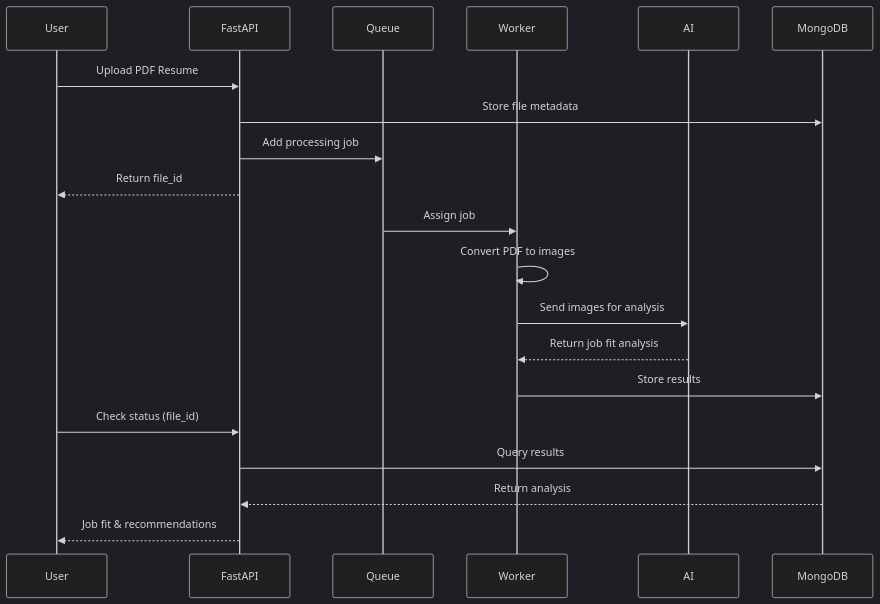
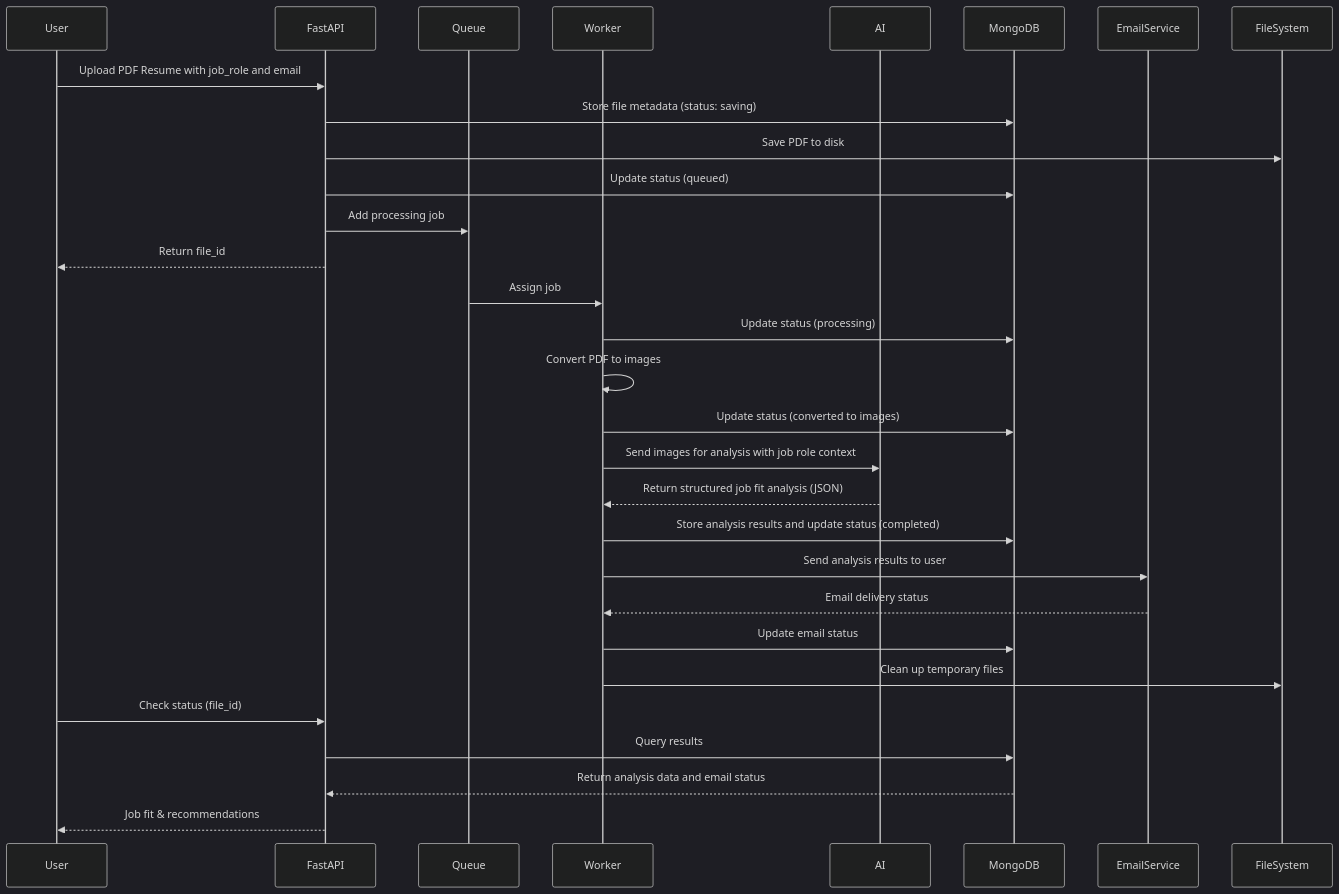
One commit to bgmanu2426/resume-analyser changed the diagram in README.md. Above: the diagram before and after it, drawn with Mermaid (dark theme). The commit also changed other lines of this file and 10 other files, not shown here.

First line of the commit message:
Add Docker Compose configuration for MongoDB, Valkey, app, and worker services

````diff
--- a/README.md
+++ b/README.md
@@ -142,25 +95,34 @@
 ```mermaid
 sequenceDiagram
     participant User
     participant FastAPI
     participant Queue
     participant Worker
     participant AI
     participant MongoDB
+    participant EmailService
     
-    User->>FastAPI: Upload PDF Resume
-    FastAPI->>MongoDB: Store file metadata
+    User->>FastAPI: Upload PDF Resume with job_role and email
+    FastAPI->>MongoDB: Store file metadata (status: saving)
+    FastAPI->>FileSystem: Save PDF to disk
+    FastAPI->>MongoDB: Update status (queued)
     FastAPI->>Queue: Add processing job
     FastAPI-->>User: Return file_id
     
     Queue->>Worker: Assign job
+    Worker->>MongoDB: Update status (processing)
     Worker->>Worker: Convert PDF to images
-    Worker->>AI: Send images for analysis
-    AI-->>Worker: Return job fit analysis
-    Worker->>MongoDB: Store results
+    Worker->>MongoDB: Update status (converted to images)
+    Worker->>AI: Send images for analysis with job role context
+    AI-->>Worker: Return structured job fit analysis (JSON)
+    Worker->>MongoDB: Store analysis results and update status (completed)
+    Worker->>EmailService: Send analysis results to user
+    EmailService-->>Worker: Email delivery status
+    Worker->>MongoDB: Update email status
+    Worker->>FileSystem: Clean up temporary files
     
     User->>FastAPI: Check status (file_id)
     FastAPI->>MongoDB: Query results
-    MongoDB-->>FastAPI: Return analysis
+    MongoDB-->>FastAPI: Return analysis data and email status
     FastAPI-->>User: Job fit & recommendations
 ```
````
